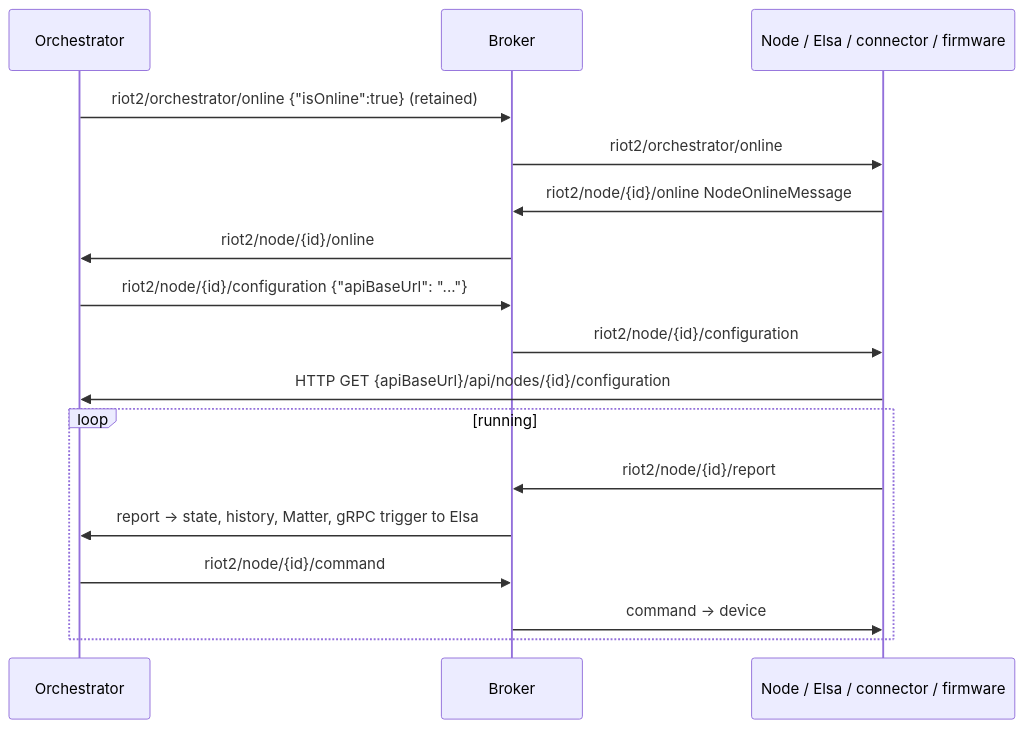
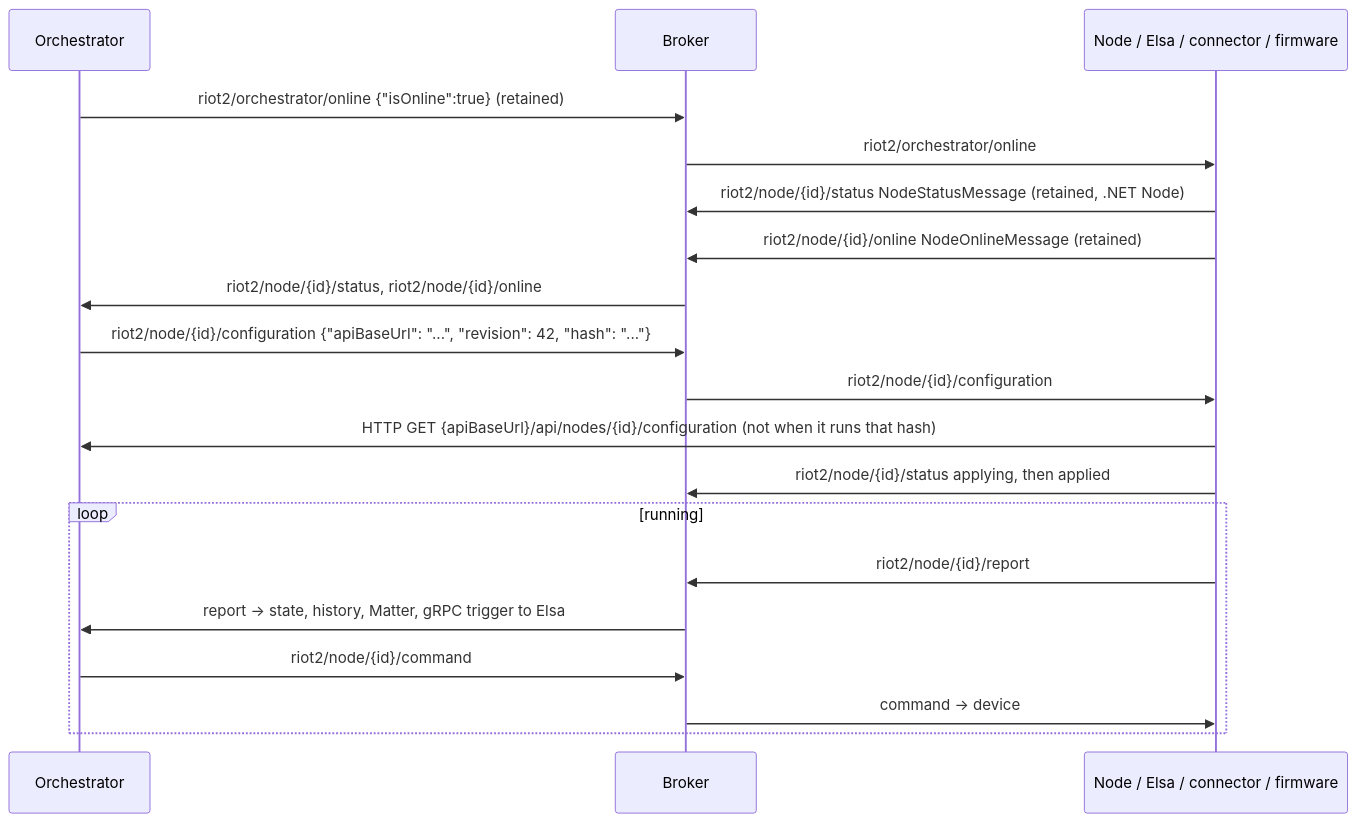
Before and after one commit to Revolutionized-IoT2/.github: the diagram in docs/contracts/mqtt-delivery.md, drawn with Mermaid. The commit also changed other lines of this file and 14 other files, not shown here.

````diff
--- a/docs/contracts/mqtt-delivery.md
+++ b/docs/contracts/mqtt-delivery.md
@@ -12,19 +12,21 @@
 ```mermaid
 sequenceDiagram
   participant O as Orchestrator
   participant B as Broker
   participant N as Node / Elsa / connector / firmware
   O->>B: riot2/orchestrator/online {"isOnline":true} (retained)
   B->>N: riot2/orchestrator/online
-  N->>B: riot2/node/{id}/online NodeOnlineMessage
-  B->>O: riot2/node/{id}/online
-  O->>B: riot2/node/{id}/configuration {"apiBaseUrl": "..."}
+  N->>B: riot2/node/{id}/status NodeStatusMessage (retained, .NET Node)
+  N->>B: riot2/node/{id}/online NodeOnlineMessage (retained)
+  B->>O: riot2/node/{id}/status, riot2/node/{id}/online
+  O->>B: riot2/node/{id}/configuration {"apiBaseUrl": "...", "revision": 42, "hash": "..."}
   B->>N: riot2/node/{id}/configuration
-  N->>O: HTTP GET {apiBaseUrl}/api/nodes/{id}/configuration
+  N->>O: HTTP GET {apiBaseUrl}/api/nodes/{id}/configuration (not when it runs that hash)
+  N->>B: riot2/node/{id}/status applying, then applied
   loop running
     N->>B: riot2/node/{id}/report
     B->>O: report → state, history, Matter, gRPC trigger to Elsa
     O->>B: riot2/node/{id}/command
     B->>N: command → device
   end
 ```
````
